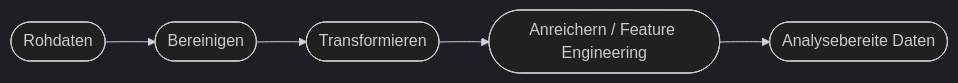
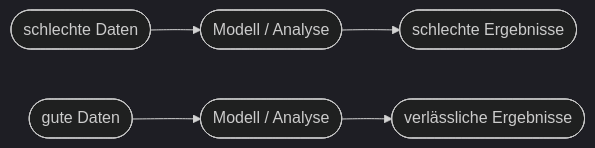
One commit to Qualidy/Prompt-Engineering-KI-in-der-Arbeitswelt changed the diagram in docs/content/kapitel10.md. Above: the diagram before and after it, drawn with Mermaid (dark theme). The commit also changed other lines of this file and 80 other files, not shown here.

````diff
--- a/docs/content/kapitel10.md
+++ b/docs/content/kapitel10.md
@@ -24,7 +28,5 @@
 ```mermaid
 flowchart LR
-    A([Rohdaten]) --> B([Bereinigen])
-    B --> C([Transformieren])
-    C --> D([Anreichern / Feature Engineering])
-    D --> E([Analysebereite Daten])
+    A([schlechte Daten]) --> B([Modell / Analyse]) --> C([schlechte Ergebnisse])
+    D([gute Daten]) --> E([Modell / Analyse]) --> F([verlässliche Ergebnisse])
 ```
````
